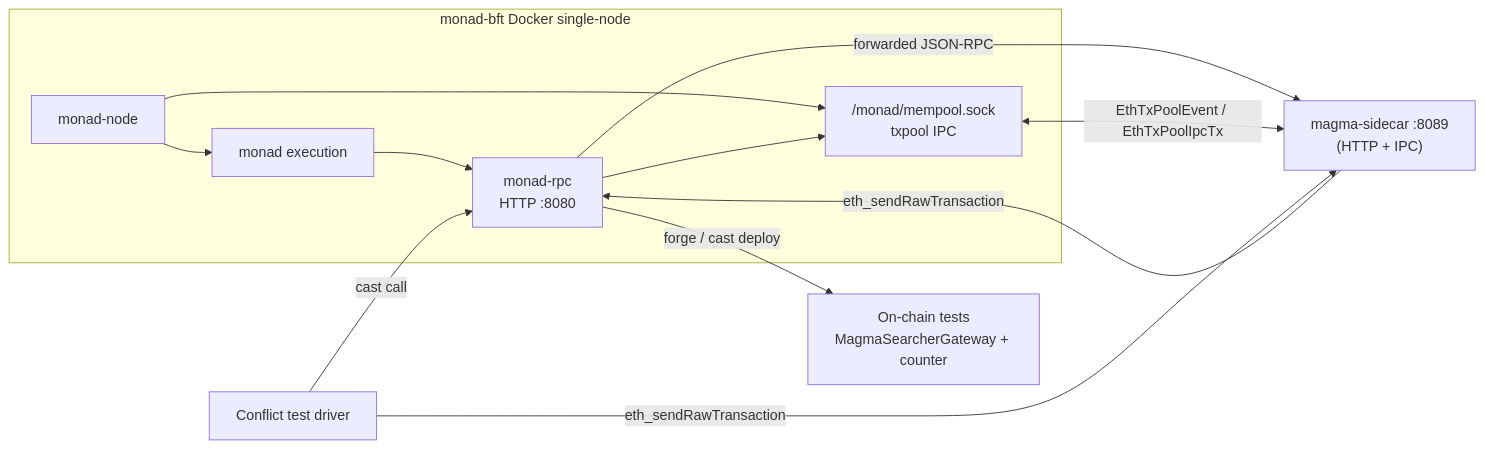
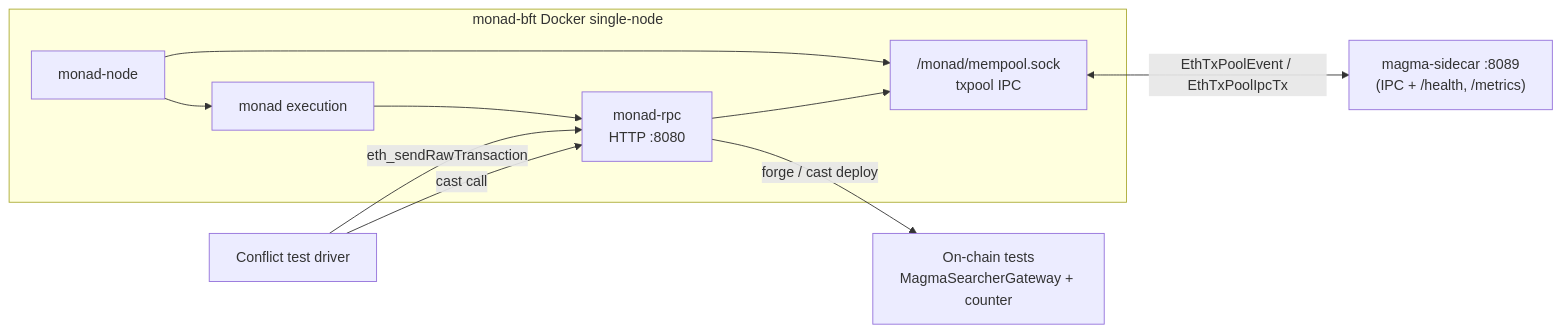
Before and after one commit to MagmaStaking/magma-sidecar: the diagram in docs/LOCAL_DEVELOPMENT.md, drawn with Mermaid. The commit also changed other lines of this file and 17 other files, not shown here.

First line of the commit message:
Remove transparent RPC proxy from sidecar

````diff
--- a/docs/LOCAL_DEVELOPMENT.md
+++ b/docs/LOCAL_DEVELOPMENT.md
@@ -15,24 +15,22 @@
 ```mermaid
 flowchart LR
   subgraph monad["monad-bft Docker single-node"]
     MN[monad-node]
     ME[monad execution]
     MR["monad-rpc\nHTTP :8080"]
     SOCK["/monad/mempool.sock\ntxpool IPC"]
     MN --> ME
     ME --> MR
     MN --> SOCK
     MR --> SOCK
   end
 
-  SC["magma-sidecar :8089\n(HTTP + IPC)"]
-  MR -->|"forwarded JSON-RPC"| SC
-  SC -->|"eth_sendRawTransaction"| MR
+  SC["magma-sidecar :8089\n(IPC + /health, /metrics)"]
   SOCK <-->|"EthTxPoolEvent / EthTxPoolIpcTx"| SC
 
   GW[On-chain tests\nMagmaSearcherGateway + counter]
   MR -->|"forge / cast deploy"| GW
   TS[Conflict test driver]
-  TS -->|"eth_sendRawTransaction"| SC
+  TS -->|"eth_sendRawTransaction"| MR
   TS -->|"cast call"| MR
 ```
````
